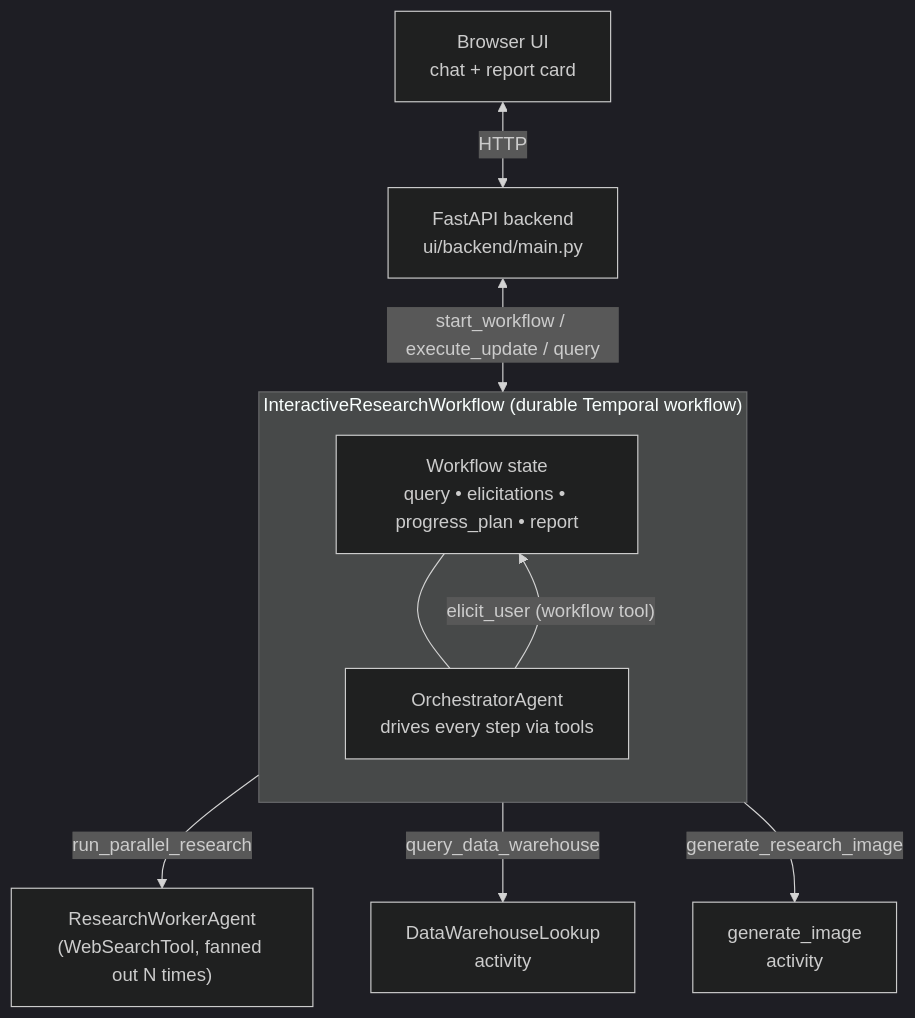
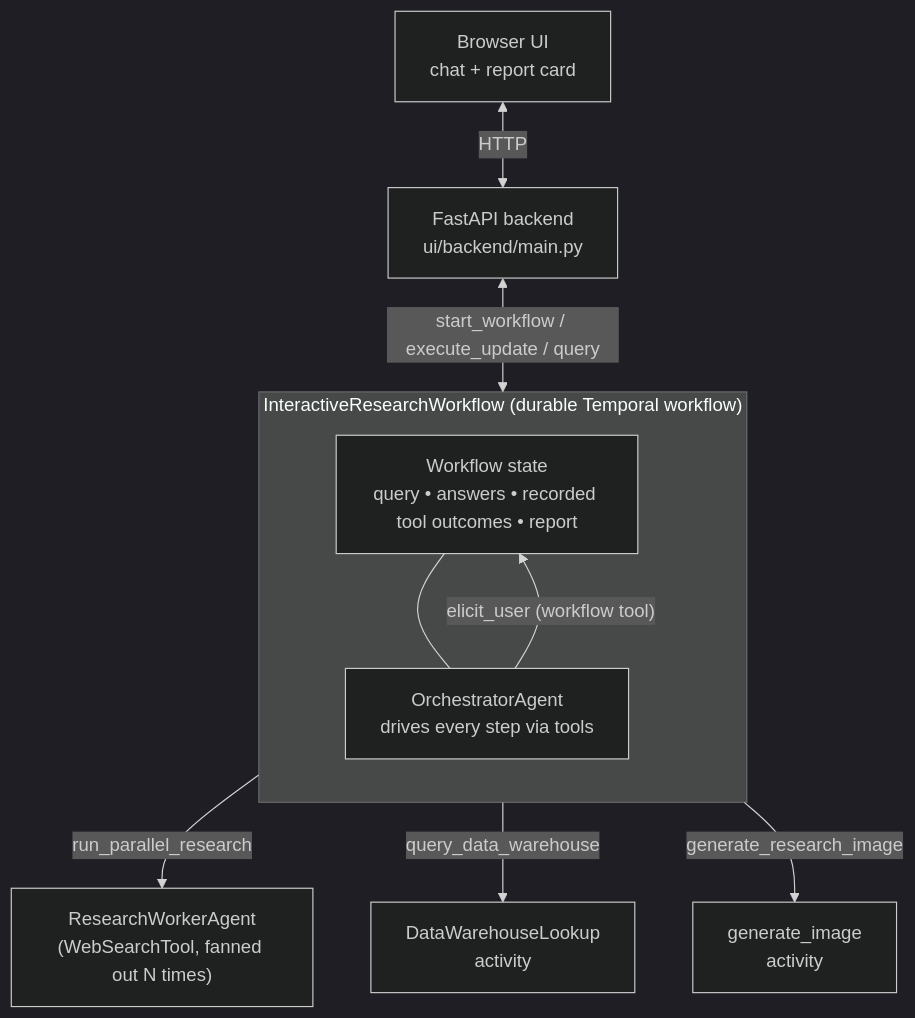
The diagram in README.md (jssmith/openai-agents-sdk-deep-research-demo), drawn with Mermaid (dark theme) before and after one commit. The commit also changed other lines of this file and 9 other files, not shown here.

````diff
--- a/README.md
+++ b/README.md
@@ -19,23 +19,23 @@
 ```mermaid
 flowchart TB
     Browser["Browser UI<br/>chat + report card"]
     API["FastAPI backend<br/>ui/backend/main.py"]
 
     subgraph WF["InteractiveResearchWorkflow (durable Temporal workflow)"]
         direction TB
-        State["Workflow state<br/>query • elicitations • progress_plan • report"]
+        State["Workflow state<br/>query • answers • recorded tool outcomes • report"]
         Orchestrator["OrchestratorAgent<br/>drives every step via tools"]
         State --- Orchestrator
     end
 
     Worker["ResearchWorkerAgent<br/>(WebSearchTool, fanned out N times)"]
     DataAct["DataWarehouseLookup<br/>activity"]
     ImageAct["generate_image<br/>activity"]
 
     Browser <-->|HTTP| API
     API <-->|"start_workflow / execute_update / query"| WF
     Orchestrator -->|"elicit_user (workflow tool)"| State
     Orchestrator -->|run_parallel_research| Worker
     Orchestrator -->|query_data_warehouse| DataAct
     Orchestrator -->|generate_research_image| ImageAct
 ```
````
